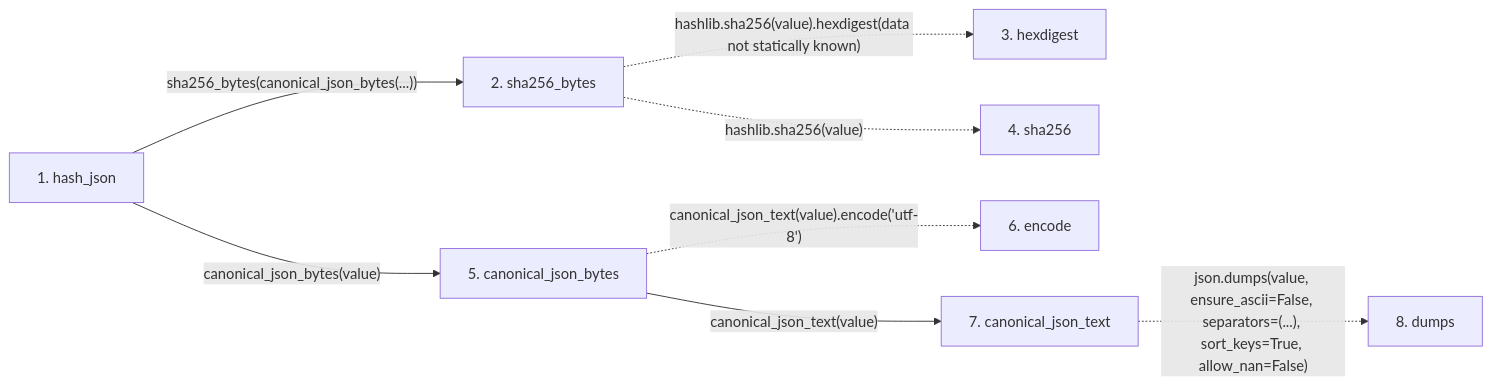
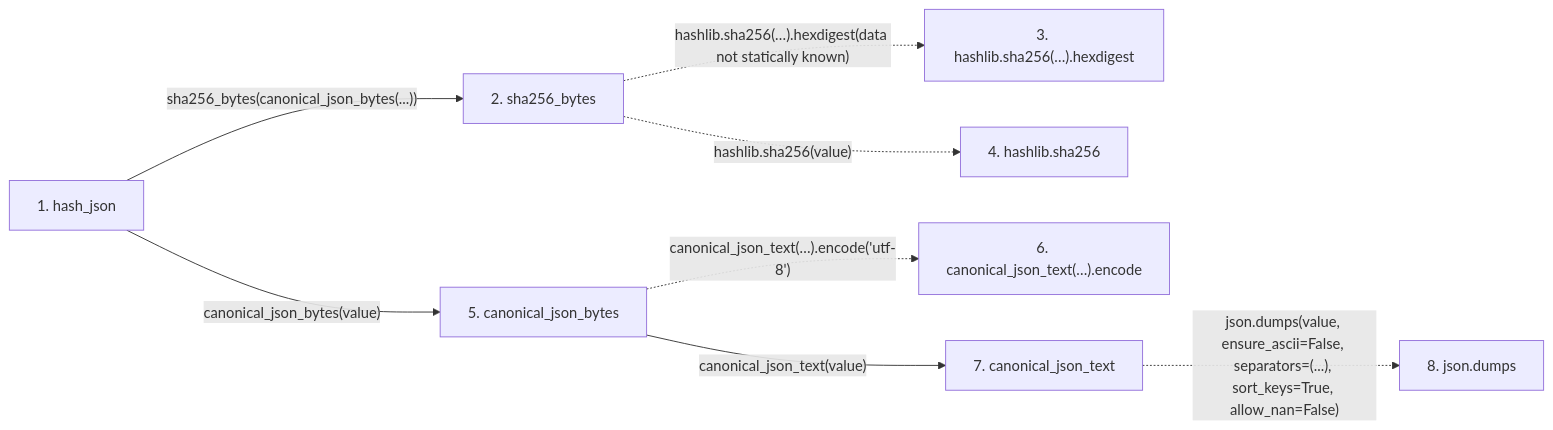
One commit to Denissvgn/python-wiki-llm changed the second of 2 diagrams in docs/llm_wiki/flows/api-hash_json.md. Above: the diagram before and after it, drawn with Mermaid. The commit also changed other lines of this file and 719 other files, not shown here.

````diff
--- a/docs/llm_wiki/flows/api-hash_json.md
+++ b/docs/llm_wiki/flows/api-hash_json.md
@@ -32,22 +32,22 @@
 ```mermaid
 flowchart LR
     s1["1. hash_json"]
     s2["2. sha256_bytes"]
-    s3["3. hexdigest"]
-    s4["4. sha256"]
+    s3["3. hashlib.sha256(…).hexdigest"]
+    s4["4. hashlib.sha256"]
     s5["5. canonical_json_bytes"]
-    s6["6. encode"]
+    s6["6. canonical_json_text(…).encode"]
     s7["7. canonical_json_text"]
-    s8["8. dumps"]
+    s8["8. json.dumps"]
     s1 -->|"sha256_bytes(canonical_json_bytes(...))"| s2
-    s2 -. "hashlib.sha256(value).hexdigest(data not statically known)" .-> s3
+    s2 -. "hashlib.sha256(…).hexdigest(data not statically known)" .-> s3
     s2 -. "hashlib.sha256(value)" .-> s4
     s1 -->|"canonical_json_bytes(value)"| s5
-    s5 -. "canonical_json_text(value).encode('utf-8')" .-> s6
+    s5 -. "canonical_json_text(…).encode('utf-8')" .-> s6
     s5 -->|"canonical_json_text(value)"| s7
     s7 -. "json.dumps(value, ensure_ascii=False, separators=(...), sort_keys=True, allow_nan=False)" .-> s8
     click s1 "../modules/knowledge_evidence.md"
     click s2 "../modules/knowledge_evidence.md"
     click s5 "../modules/knowledge_evidence.md"
     click s7 "../modules/knowledge_evidence.md"
 ```
````
